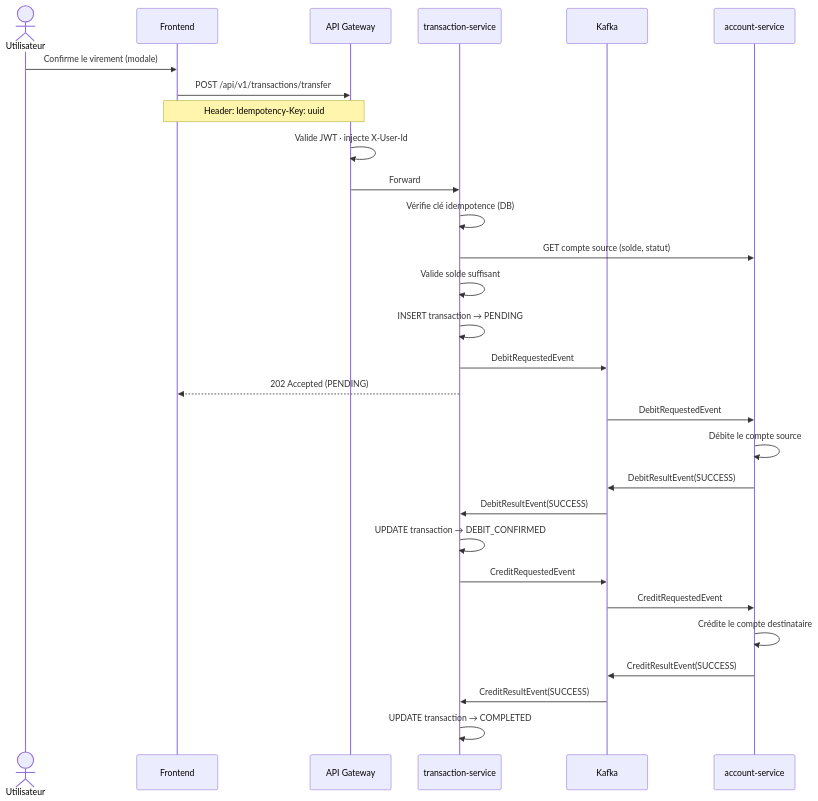
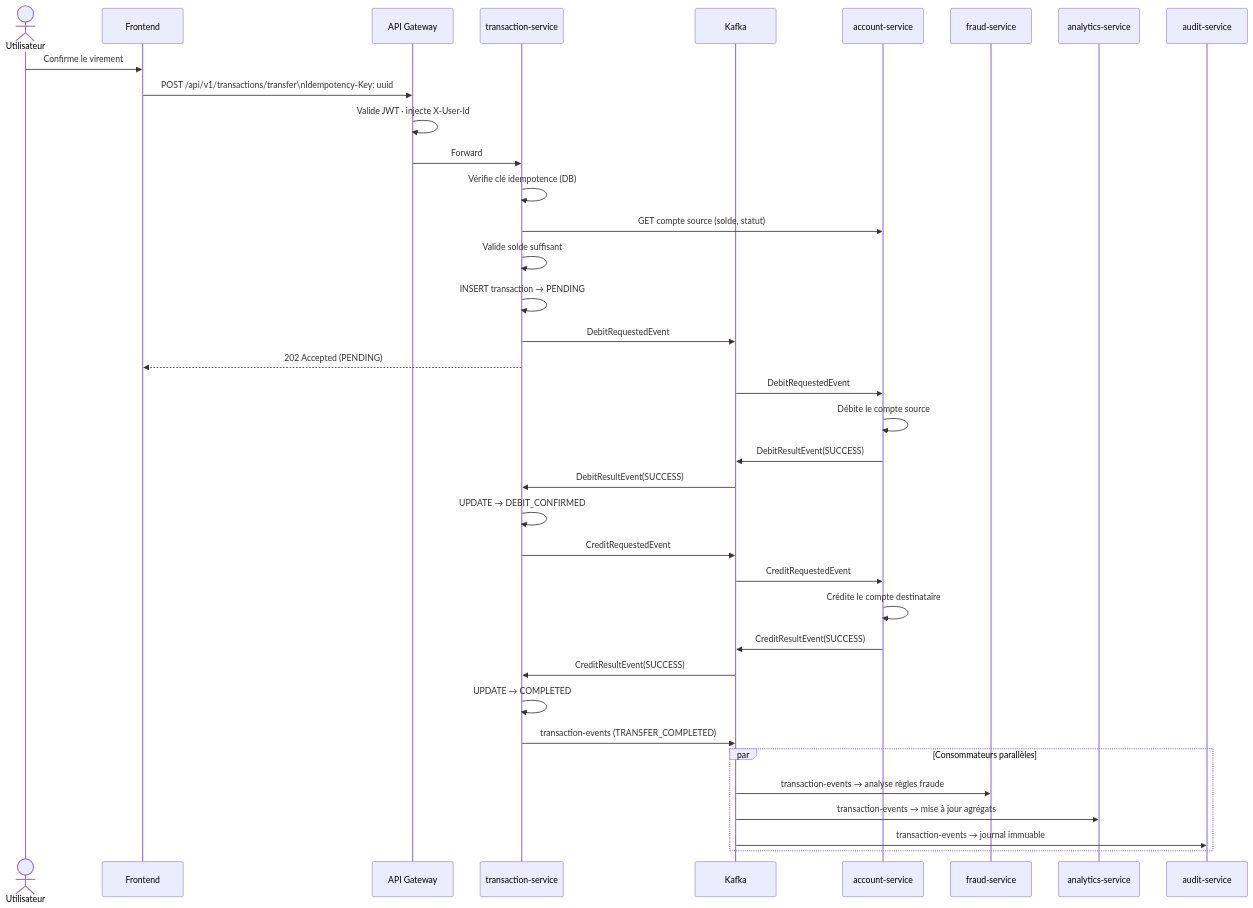
One commit to theoduluard/banking-platform changed the second of 2 diagrams in README.md. Above: the diagram before and after it, drawn with Mermaid. The commit also changed other lines of this file, not shown here.

````diff
--- a/README.md
+++ b/README.md
@@ -110,37 +137,46 @@
 ```mermaid
 sequenceDiagram
     actor U as Utilisateur
     participant FE as Frontend
     participant GW as API Gateway
     participant TX as transaction-service
     participant K as Kafka
     participant ACC as account-service
+    participant FRAUD as fraud-service
+    participant ANA as analytics-service
+    participant AUDIT as audit-service
 
-    U->>FE: Confirme le virement (modale)
-    FE->>GW: POST /api/v1/transactions/transfer
-    Note over FE,GW: Header: Idempotency-Key: uuid
+    U->>FE: Confirme le virement
+    FE->>GW: POST /api/v1/transactions/transfer\nIdempotency-Key: uuid
     GW->>GW: Valide JWT · injecte X-User-Id
     GW->>TX: Forward
 
     TX->>TX: Vérifie clé idempotence (DB)
     TX->>ACC: GET compte source (solde, statut)
     TX->>TX: Valide solde suffisant
     TX->>TX: INSERT transaction → PENDING
     TX->>K: DebitRequestedEvent
     TX-->>FE: 202 Accepted (PENDING)
 
     K->>ACC: DebitRequestedEvent
     ACC->>ACC: Débite le compte source
     ACC->>K: DebitResultEvent(SUCCESS)
 
     K->>TX: DebitResultEvent(SUCCESS)
-    TX->>TX: UPDATE transaction → DEBIT_CONFIRMED
+    TX->>TX: UPDATE → DEBIT_CONFIRMED
     TX->>K: CreditRequestedEvent
 
     K->>ACC: CreditRequestedEvent
     ACC->>ACC: Crédite le compte destinataire
     ACC->>K: CreditResultEvent(SUCCESS)
 
     K->>TX: CreditResultEvent(SUCCESS)
-    TX->>TX: UPDATE transaction → COMPLETED
+    TX->>TX: UPDATE → COMPLETED
+    TX->>K: transaction-events (TRANSFER_COMPLETED)
+
+    par Consommateurs parallèles
+        K->>FRAUD: transaction-events → analyse règles fraude
+        K->>ANA: transaction-events → mise à jour agrégats
+        K->>AUDIT: transaction-events → journal immuable
+    end
 ```
````
